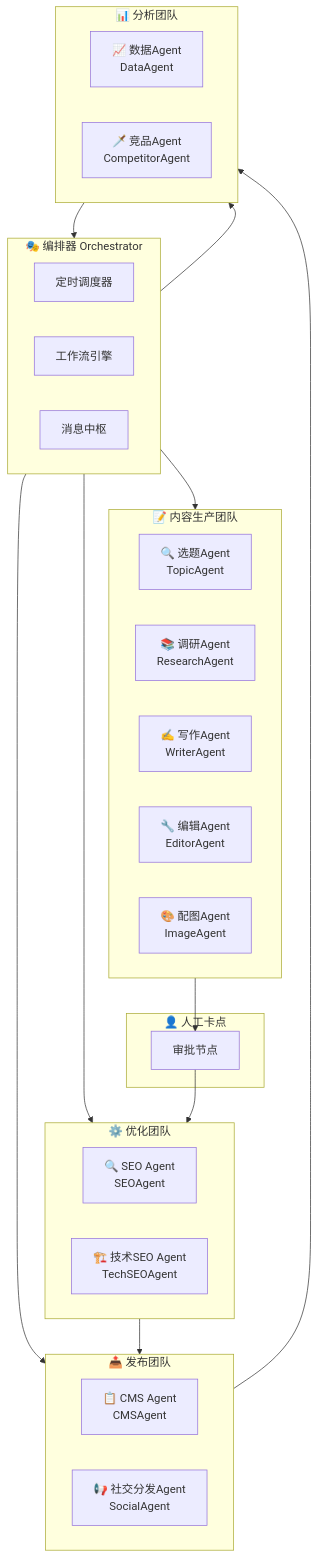
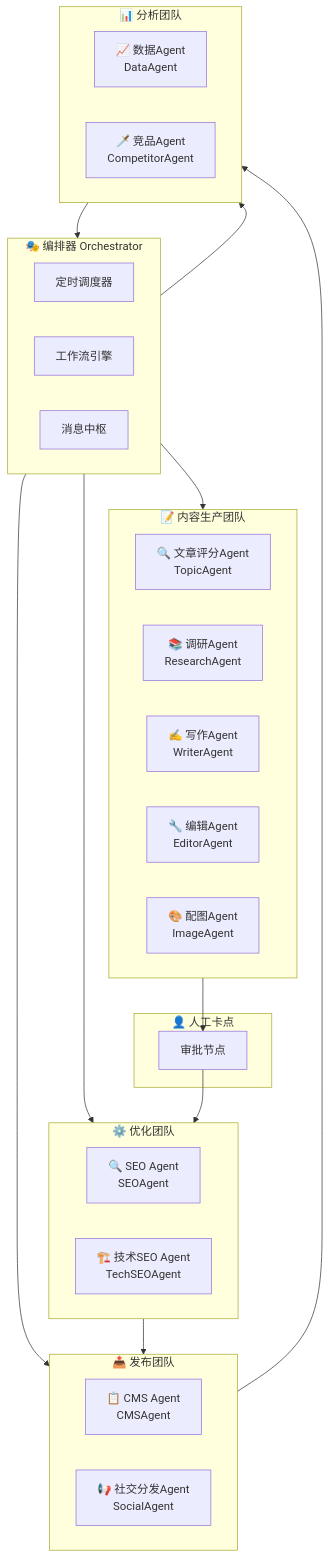
Before and after one commit to flyingsnowzz/Multi-Agent-Automatic-Operation-Website: the first of 10 diagrams in 多Agent自动运营网站方案.md, drawn with Mermaid. The commit also changed other lines of this file and 49 other files, not shown here.

First line of the commit message:
refactor: 重命名 topic_agent → scoring_agent

````diff
--- a/多Agent自动运营网站方案.md
+++ b/多Agent自动运营网站方案.md
@@ -40,45 +40,45 @@
 ```mermaid
 flowchart TD
     subgraph ORCHESTRATOR["🎭 编排器 Orchestrator"]
         SCHEDULER["定时调度器"]
         WORKFLOW["工作流引擎"]
         HUB["消息中枢"]
     end
 
     subgraph CONTENT["📝 内容生产团队"]
-        TOPIC["🔍 选题Agent<br/>TopicAgent"]
+        TOPIC["🔍 文章评分Agent<br/>TopicAgent"]
         RESEARCH["📚 调研Agent<br/>ResearchAgent"]
         WRITER["✍️ 写作Agent<br/>WriterAgent"]
         EDITOR["🔧 编辑Agent<br/>EditorAgent"]
         IMAGE["🎨 配图Agent<br/>ImageAgent"]
     end
 
     subgraph OPTIMIZE["⚙️ 优化团队"]
         SEO["🔍 SEO Agent<br/>SEOAgent"]
         TECH["🏗️ 技术SEO Agent<br/>TechSEOAgent"]
     end
 
     subgraph PUBLISH["📤 发布团队"]
         CMS["📋 CMS Agent<br/>CMSAgent"]
         SOCIAL["📢 社交分发Agent<br/>SocialAgent"]
     end
 
     subgraph ANALYTICS["📊 分析团队"]
         DATA["📈 数据Agent<br/>DataAgent"]
         COMPETE["🗡️ 竞品Agent<br/>CompetitorAgent"]
     end
 
     subgraph HUMAN["👤 人工卡点"]
         APPROVE["审批节点"]
     end
 
     ORCHESTRATOR --> CONTENT
     ORCHESTRATOR --> OPTIMIZE
     ORCHESTRATOR --> PUBLISH
     ORCHESTRATOR --> ANALYTICS
     CONTENT --> APPROVE
     APPROVE --> OPTIMIZE
     OPTIMIZE --> PUBLISH
     PUBLISH --> ANALYTICS
     ANALYTICS --> ORCHESTRATOR
 ```
````
